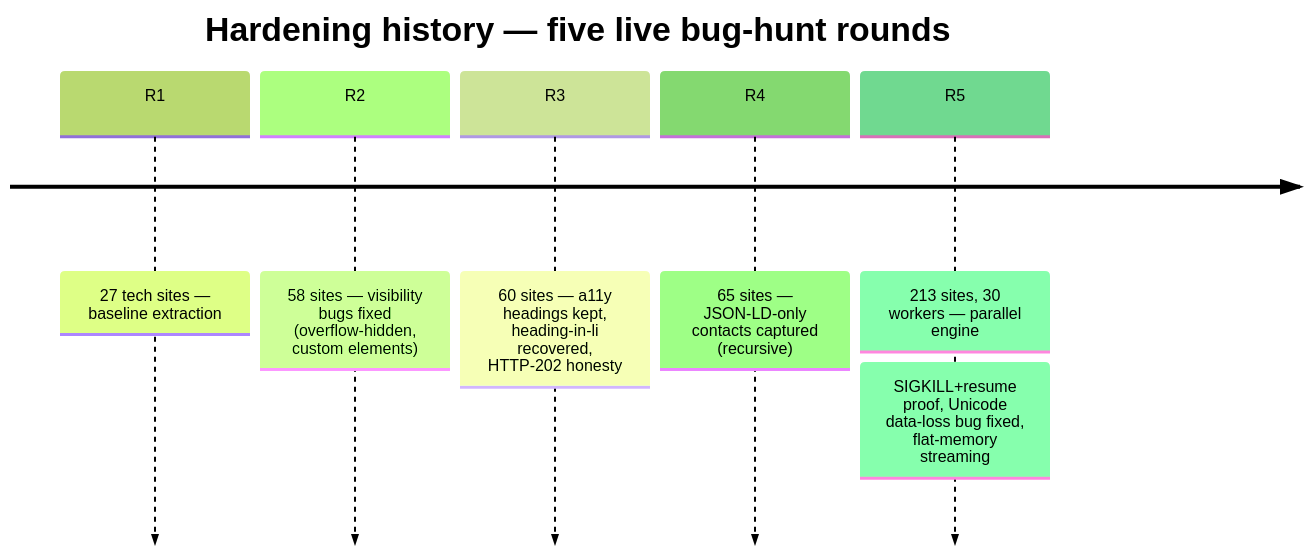
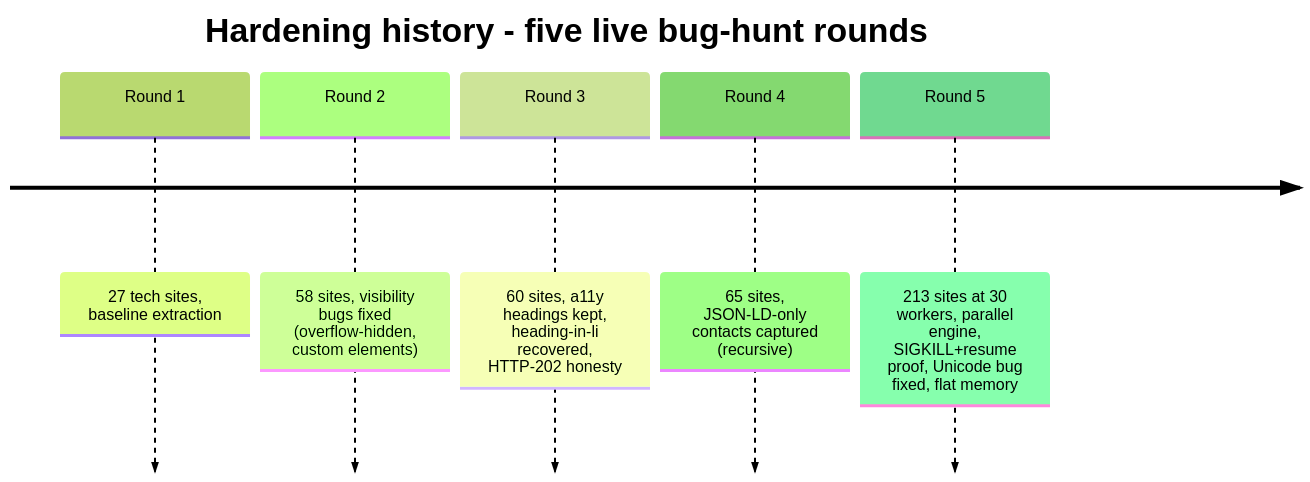
The fourth of 4 diagrams in README.md (zaktecs-ai/every-site-scraping), drawn with Mermaid (forest theme) before and after one commit. The commit also changed other lines of this file, not shown here.

Commit message:
Fix mermaid render: remove emojis/em-dashes/unicode arrows from all 4 diagrams (GitHub mermaid renderer intermittent failures)

````diff
--- a/README.md
+++ b/README.md
@@ -254,8 +254,8 @@
 ```mermaid
-timeline title Hardening history — five live bug-hunt rounds
-    R1 : 27 tech sites — baseline extraction
-    R2 : 58 sites — visibility bugs fixed (overflow-hidden, custom elements)
-    R3 : 60 sites — a11y headings kept, heading-in-li recovered, HTTP-202 honesty
-    R4 : 65 sites — JSON-LD-only contacts captured (recursive)
-    R5 : 213 sites, 30 workers — parallel engine: SIGKILL+resume proof, Unicode data-loss bug fixed, flat-memory streaming
+timeline title Hardening history - five live bug-hunt rounds
+    Round 1 : 27 tech sites, baseline extraction
+    Round 2 : 58 sites, visibility bugs fixed (overflow-hidden, custom elements)
+    Round 3 : 60 sites, a11y headings kept, heading-in-li recovered, HTTP-202 honesty
+    Round 4 : 65 sites, JSON-LD-only contacts captured (recursive)
+    Round 5 : 213 sites at 30 workers, parallel engine, SIGKILL+resume proof, Unicode bug fixed, flat memory
 ```
````
